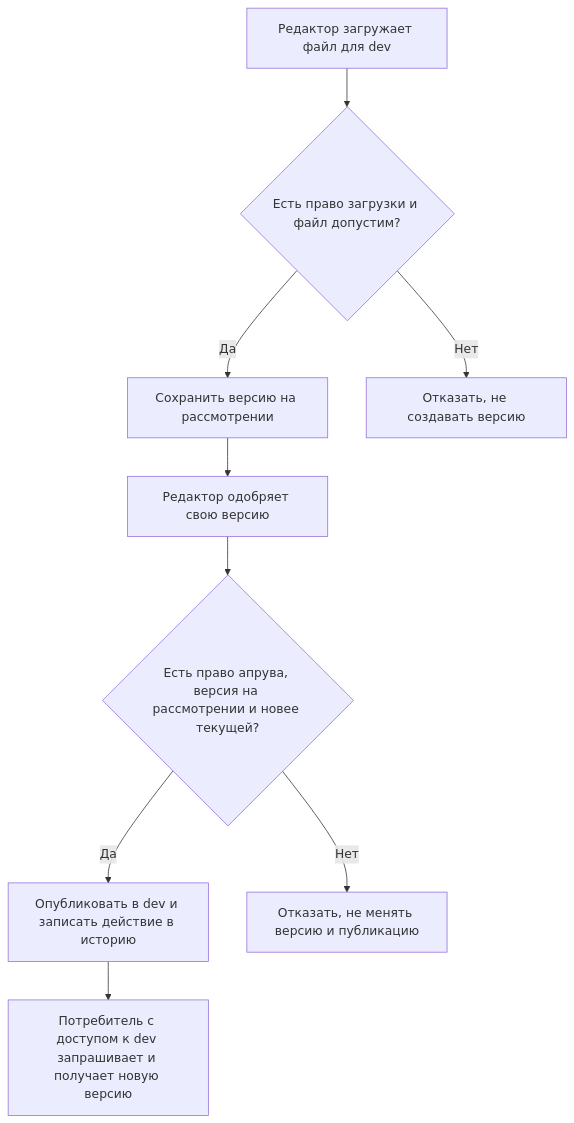
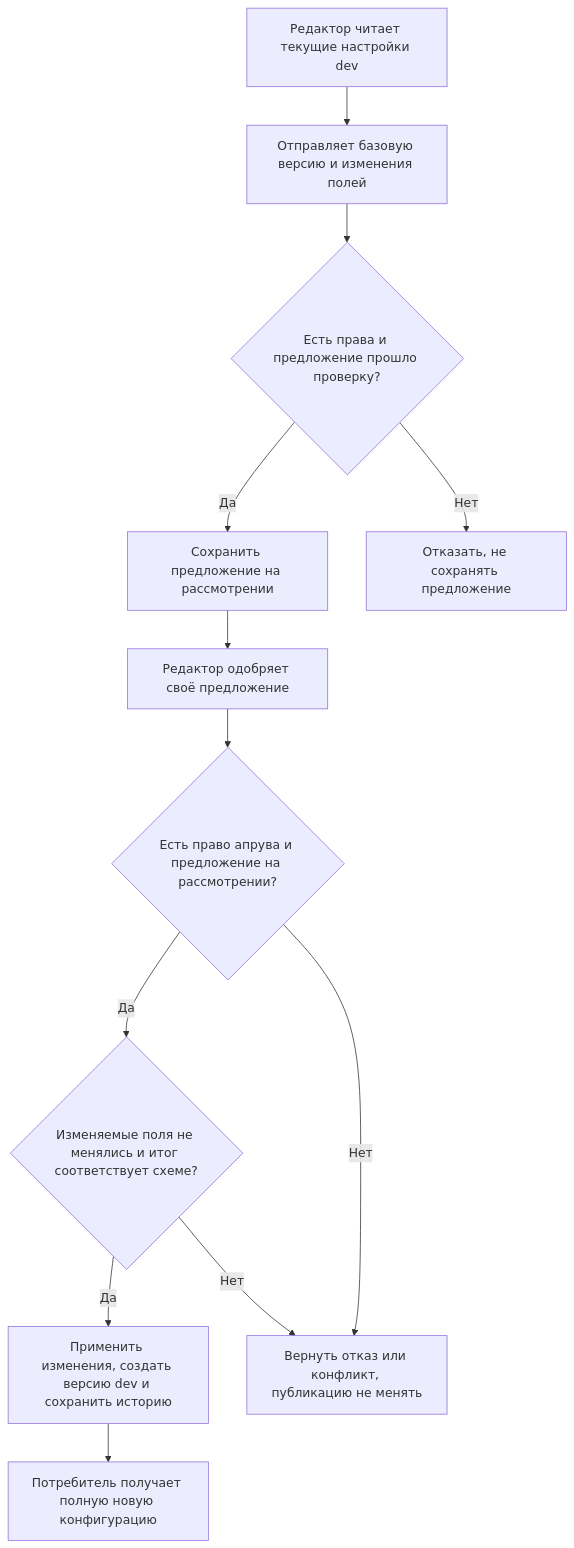
Before and after one commit to rbpo-team-BAN/rbpo: the first of 4 diagrams in PROJECT.md, drawn with Mermaid. The commit also changed other lines of this file, not shown here.

Commit message:
M2: переопределить логику изменения конфигов

````diff
--- a/PROJECT.md
+++ b/PROJECT.md
@@ -86,21 +93,26 @@
 ```mermaid
 flowchart TD
-    Upload["Редактор загружает файл для dev"]
-    Validate{"Есть право загрузки и файл допустим?"}
-    Review["Сохранить версию на рассмотрении"]
-    Approve["Редактор одобряет свою версию"]
-    Check{"Есть право апрува, версия на рассмотрении и новее текущей?"}
-    Publish["Опубликовать в dev и записать действие в историю"]
-    Read["Потребитель с доступом к dev запрашивает и получает новую версию"]
-    UploadError["Отказать, не создавать версию"]
-    ApproveError["Отказать, не менять версию и публикацию"]
+    Read["Редактор читает текущие настройки dev"]
+    Send["Отправляет базовую версию и изменения полей"]
+    Validate{"Есть права и предложение прошло проверку?"}
+    Review["Сохранить предложение на рассмотрении"]
+    Approve["Редактор одобряет своё предложение"]
+    Access{"Есть право апрува и предложение на рассмотрении?"}
+    Check{"Изменяемые поля не менялись и итог соответствует схеме?"}
+    Publish["Применить изменения, создать версию dev и сохранить историю"]
+    Result["Потребитель получает полную новую конфигурацию"]
+    SendError["Отказать, не сохранять предложение"]
+    Error["Вернуть отказ или конфликт, публикацию не менять"]
 
-    Upload --> Validate
+    Read --> Send
+    Send --> Validate
     Validate -->|"Да"| Review
-    Validate -->|"Нет"| UploadError
+    Validate -->|"Нет"| SendError
     Review --> Approve
-    Approve --> Check
+    Approve --> Access
+    Access -->|"Да"| Check
+    Access -->|"Нет"| Error
     Check -->|"Да"| Publish
-    Check -->|"Нет"| ApproveError
-    Publish --> Read
+    Check -->|"Нет"| Error
+    Publish --> Result
 ```
````
